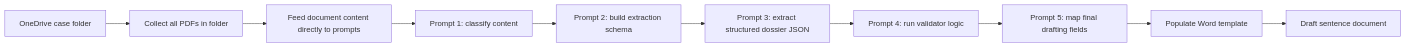
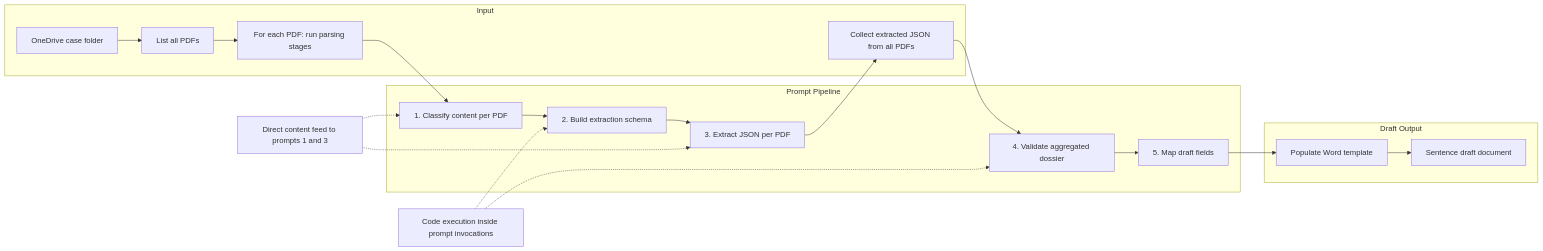
One commit to Gilbocc/cittadinanza changed the diagram in README.md. Above: the diagram before and after it, drawn with Mermaid. The commit also changed other lines of this file, not shown here.

````diff
--- a/README.md
+++ b/README.md
@@ -143,12 +143,29 @@
 ```mermaid
 flowchart LR
-	A[OneDrive case folder] --> B[Collect all PDFs in folder]
-	B --> C[Feed document content directly to prompts]
-	C --> D[Prompt 1: classify content]
-	D --> E[Prompt 2: build extraction schema]
-	E --> F[Prompt 3: extract structured dossier JSON]
-	F --> G[Prompt 4: run validator logic]
-	G --> H[Prompt 5: map final drafting fields]
-	H --> I[Populate Word template]
-	I --> J[Draft sentence document]
+	subgraph IN[Input]
+		A[OneDrive case folder]
+		B[List all PDFs]
+		C[For each PDF: run parsing stages]
+		K[Collect extracted JSON from all PDFs]
+	end
+
+	subgraph AI[Prompt Pipeline]
+		D[1. Classify content per PDF]
+		E[2. Build extraction schema]
+		F[3. Extract JSON per PDF]
+		G[4. Validate aggregated dossier]
+		H[5. Map draft fields]
+	end
+
+	subgraph OUT[Draft Output]
+		I[Populate Word template]
+		J[Sentence draft document]
+	end
+
+	A --> B --> C --> D --> E --> F --> K --> G --> H --> I --> J
+
+	N1[Direct content feed to prompts 1 and 3] -.-> D
+	N1 -.-> F
+	N2[Code execution inside prompt invocations] -.-> E
+	N2 -.-> G
 ```
````
